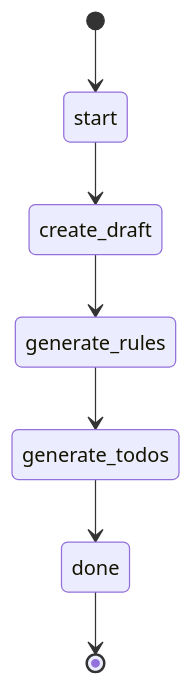
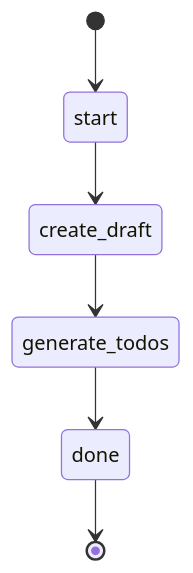
One commit to swissarmyhammer/swissarmyhammer changed the diagram in builtin/workflows/plan.md. Above: the diagram before and after it, drawn with Mermaid. The commit also changed other lines of this file and 163 other files, not shown here.

````diff
--- a/builtin/workflows/plan.md
+++ b/builtin/workflows/plan.md
@@ -26,9 +26,8 @@
 ```mermaid
 stateDiagram-v2
     [*] --> start
     start --> create_draft
-    create_draft --> generate_rules
-    generate_rules --> generate_todos
+    create_draft --> generate_todos
     generate_todos --> done
     done --> [*]
 ```
````
